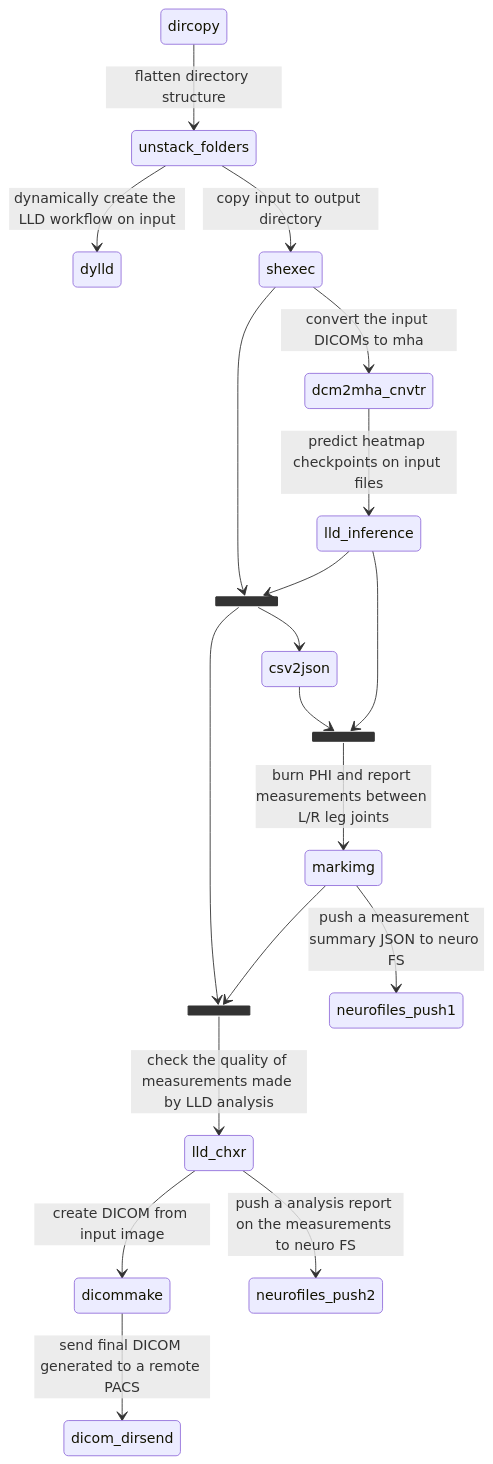
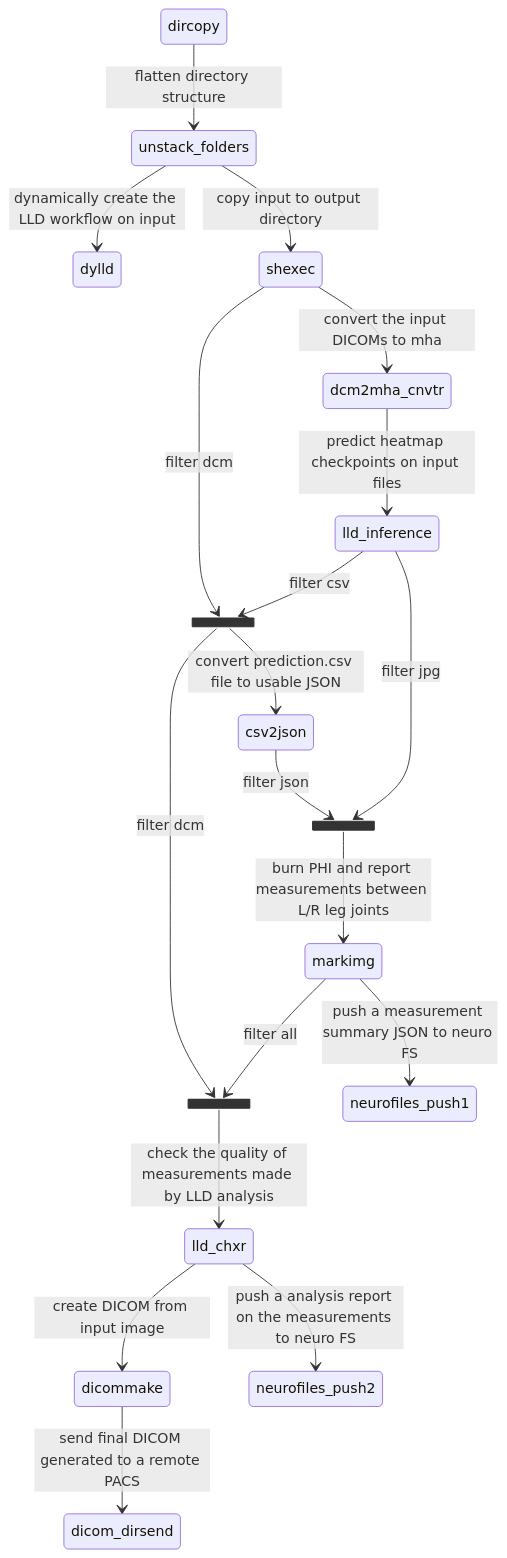
Before and after one commit to FNNDSC/CHRIS_docs: the diagram in workflows/LLD.md, drawn with Mermaid. The commit also changed other lines of this file, not shown here.

Commit message:
updated graph and documentation

````diff
--- a/workflows/LLD.md
+++ b/workflows/LLD.md
@@ -22,25 +22,25 @@
 ```mermaid
    stateDiagram-v2
     dircopy --> unstack_folders: flatten directory structure
     unstack_folders --> dylld: dynamically create the LLD workflow on input
     unstack_folders --> shexec: copy input to output directory
     shexec --> dcm2mha_cnvtr: convert the input DICOMs to mha
     state topologicalcopy1 <<join>>
     state topologicalcopy2 <<join>>
     state topologicalcopy3 <<join>>
-    shexec --> topologicalcopy2
-    topologicalcopy2 --> csv2json
-    topologicalcopy2 --> topologicalcopy3
+    shexec --> topologicalcopy2: filter dcm
+    topologicalcopy2 --> csv2json: convert prediction.csv file to usable JSON
+    topologicalcopy2 --> topologicalcopy3: filter dcm
     topologicalcopy3 --> lld_chxr: check the quality of measurements made by LLD analysis
     lld_chxr --> dicommake: create DICOM from input image
     lld_chxr --> neurofiles_push2: push a analysis report on the measurements to neuro FS
     dicommake --> dicom_dirsend: send final DICOM generated to a remote PACS 
-    csv2json --> topologicalcopy1
+    csv2json --> topologicalcopy1: filter json
     dcm2mha_cnvtr --> lld_inference: predict heatmap checkpoints on input files
-    lld_inference --> topologicalcopy1
-    lld_inference --> topologicalcopy2
+    lld_inference --> topologicalcopy1: filter jpg
+    lld_inference --> topologicalcopy2: filter csv
     topologicalcopy1 --> markimg: burn PHI and report measurements between L/R leg joints
     markimg --> neurofiles_push1: push a measurement summary JSON to neuro FS
-    markimg --> topologicalcopy3
+    markimg --> topologicalcopy3: filter all
     
 ```
````
